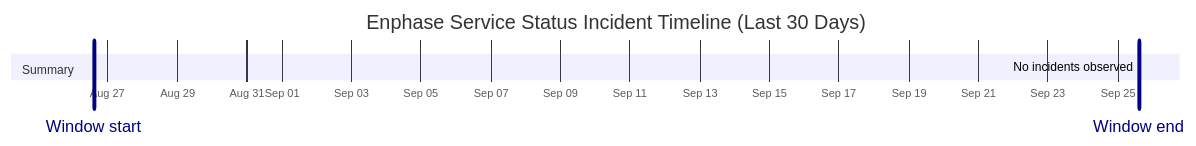
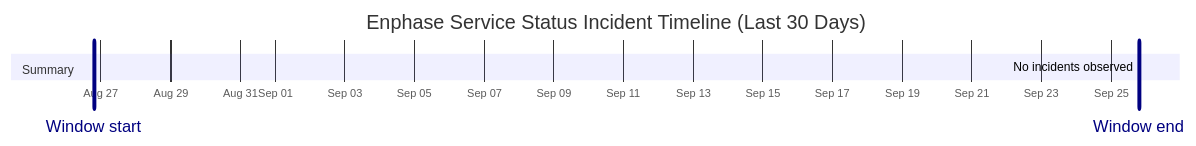
The diagram in wiki/Service-Status-History.md (barneyonline/ha-enphase-energy), drawn with Mermaid before and after one commit. The commit also changed other lines of this file and 3 other files, not shown here.

````diff
--- a/wiki/Service-Status-History.md
+++ b/wiki/Service-Status-History.md
@@ -14,10 +14,10 @@
 ```mermaid
 gantt
     title Enphase Service Status Incident Timeline (Last 30 Days)
     dateFormat  YYYY-MM-DDTHH:mm:ss
     axisFormat  %b %d
-    Window start :vert, window-start, 2026-08-26T14:41:25, 0ms
-    Window end :vert, window-end, 2026-09-25T14:41:25, 0ms
+    Window start :vert, window-start, 2026-08-26T19:07:32, 0ms
+    Window end :vert, window-end, 2026-09-25T19:07:32, 0ms
     section Summary
-    No incidents observed :done, 2026-09-25T14:41:25, 1m
+    No incidents observed :done, 2026-09-25T19:07:32, 1m
 ```
````
